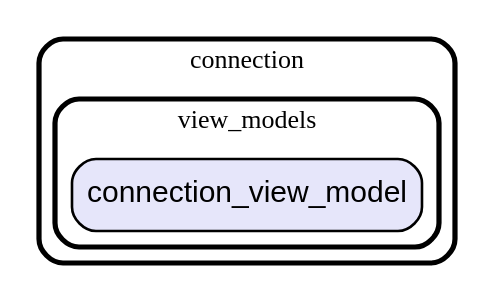
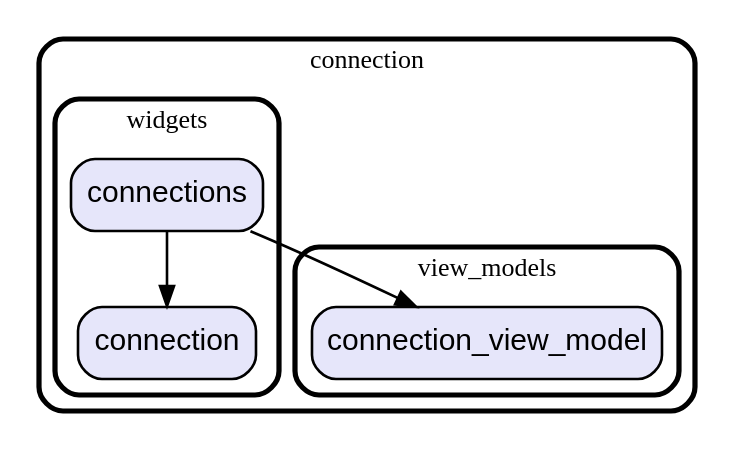
One commit to gev/reacthome-mobile changed the diagram in graph/lib/ui/fragments/connection.dot. Above: the diagram before and after it, drawn with Graphviz. The commit also changed 222 other files, not shown here.

```diff
--- a/graph/lib/ui/fragments/connection.dot
+++ b/graph/lib/ui/fragments/connection.dot
@@ -1,13 +1,22 @@
 digraph "" {
   graph [style=rounded fontname="Arial Black" fontsize=13 penwidth=2.6];
   node [shape=rect style="filled,rounded" fontname=Arial fontsize=15 fillcolor=Lavender penwidth=1.3];
   edge [penwidth=1.3];
   "/view_models/connection_view_model.dart" [label="connection_view_model"];
+  "/widgets/connection.dart" [label="connection"];
+  "/widgets/connections.dart" [label="connections"];
   subgraph "cluster~" {
     label="connection";
     subgraph "cluster~/view_models" {
       label="view_models";
       "/view_models/connection_view_model.dart";
     }
+    subgraph "cluster~/widgets" {
+      label="widgets";
+      "/widgets/connection.dart";
+      "/widgets/connections.dart";
+    }
   }
+  "/widgets/connections.dart" -> "/view_models/connection_view_model.dart";
+  "/widgets/connections.dart" -> "/widgets/connection.dart";
 }
```
